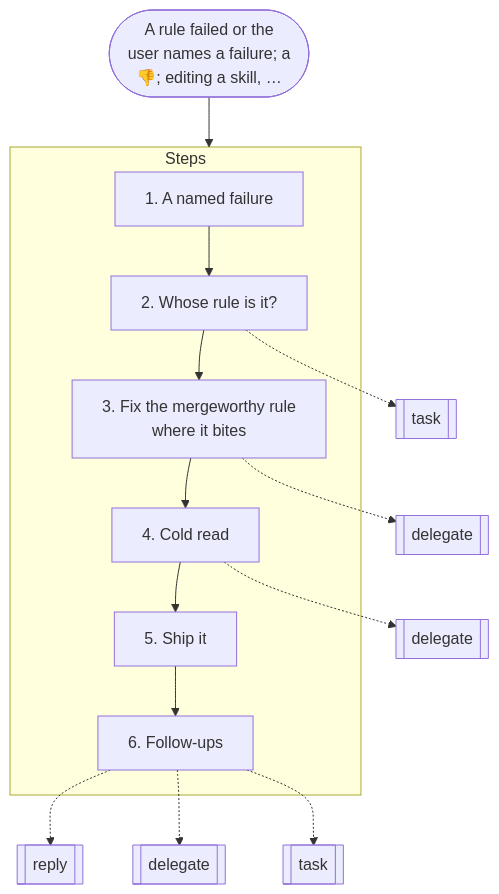
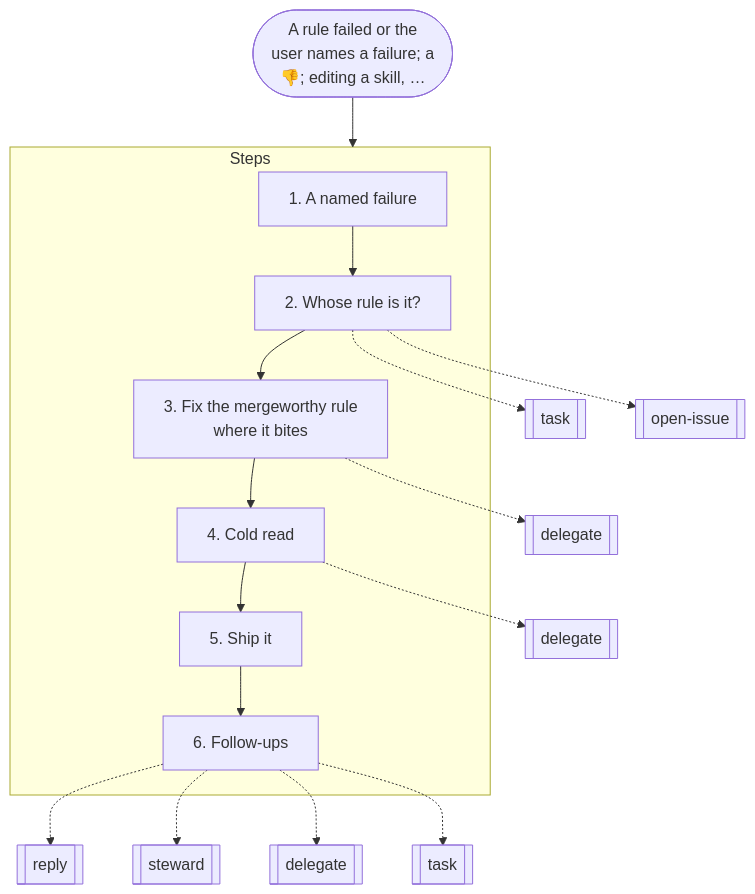
One commit to nitedani/mergeworthy changed the ninth of 19 diagrams in docs/graphs.md. Above: the diagram before and after it, drawn with Mermaid. The commit also changed other lines of this file and 11 other files, not shown here.

First line of the commit message:
rules step 2: a session reports a mergeworthy fault as an issue there, the one event that wakes the steward

````diff
--- a/docs/graphs.md
+++ b/docs/graphs.md
@@ -237,24 +237,26 @@
 ```mermaid
 flowchart TB
   start(["A rule failed or the<br/>user names a failure; a<br/>👎; editing a skill, …"])
   subgraph g0["Steps"]
     s0["1. A named failure"]
     s1["2. Whose rule is it?"]
     s0 --> s1
     s2["3. Fix the mergeworthy rule<br/>where it bites"]
     s1 --> s2
     s3["4. Cold read"]
     s2 --> s3
     s4["5. Ship it"]
     s3 --> s4
     s5["6. Follow-ups"]
     s4 --> s5
   end
   s1 -.-> r1[["task"]]
-  s2 -.-> r2[["delegate"]]
-  s3 -.-> r3[["delegate"]]
-  s5 -.-> r4[["reply"]]
-  s5 -.-> r5[["delegate"]]
-  s5 -.-> r6[["task"]]
+  s1 -.-> r2[["open-issue"]]
+  s2 -.-> r3[["delegate"]]
+  s3 -.-> r4[["delegate"]]
+  s5 -.-> r5[["reply"]]
+  s5 -.-> r6[["steward"]]
+  s5 -.-> r7[["delegate"]]
+  s5 -.-> r8[["task"]]
   start --> g0
 ```
````
